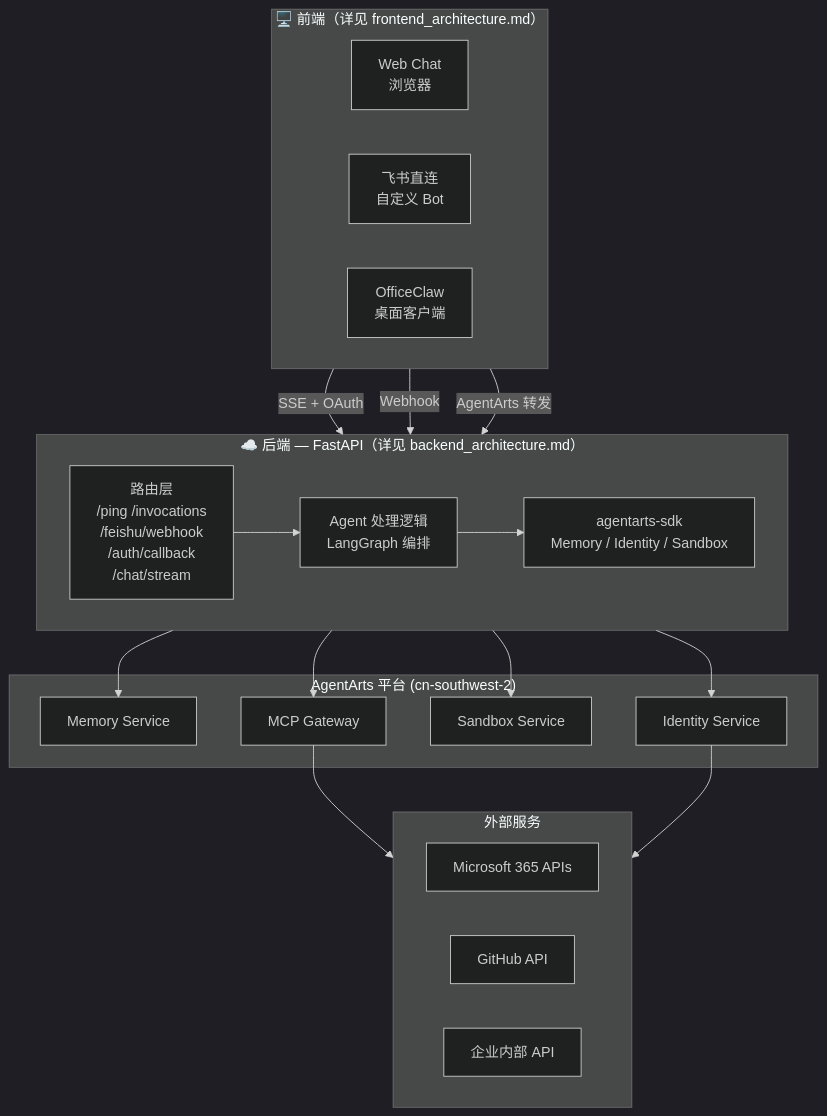
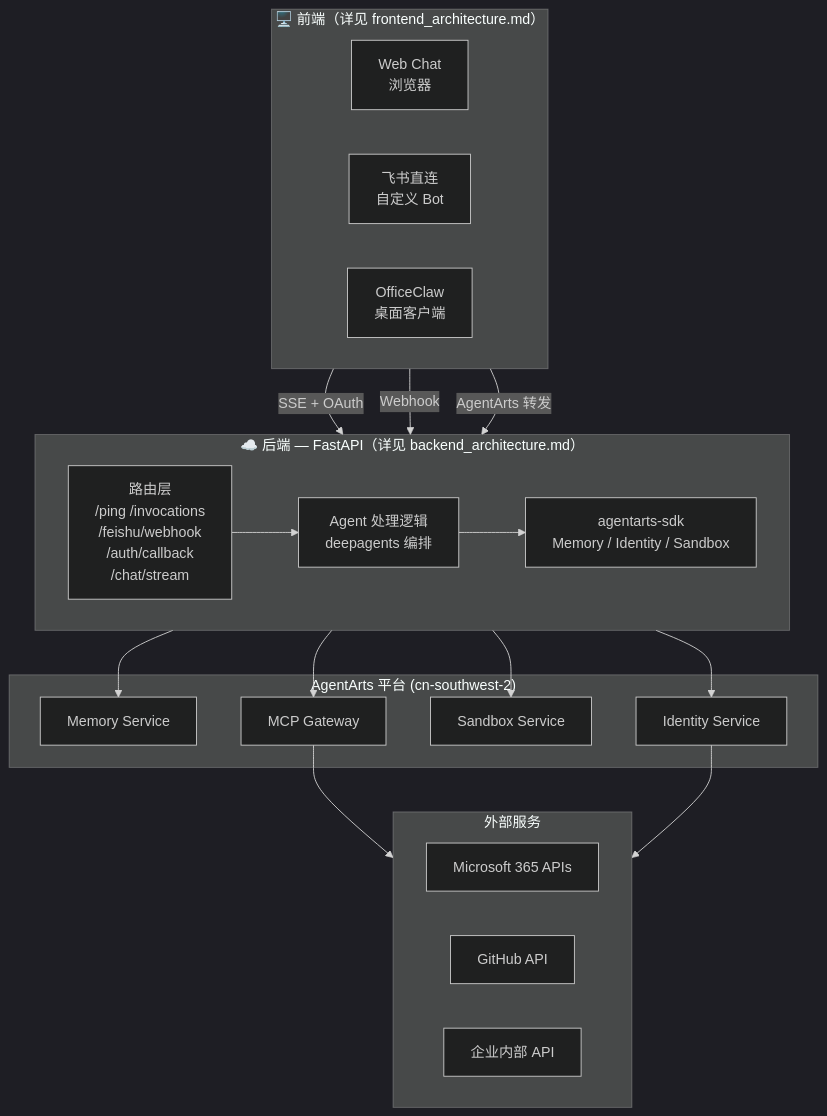
The first of 5 diagrams in personal-assistant-meta/architecture/overall_architecture.md (T-1009/personal-assistant), drawn with Mermaid (dark theme) before and after one commit. The commit also changed other lines of this file and 5 other files, not shown here.

First line of the commit message:
docs: replace manual LangGraph orchestration with deepagents harness

````diff
--- a/personal-assistant-meta/architecture/overall_architecture.md
+++ b/personal-assistant-meta/architecture/overall_architecture.md
@@ -11,40 +11,40 @@
 ```mermaid
 flowchart TB
     subgraph Frontends["🖥️ 前端（详见 frontend_architecture.md）"]
         direction LR
         WebChat["Web Chat<br/>浏览器"]
         Feishu["飞书直连<br/>自定义 Bot"]
         OC["OfficeClaw<br/>桌面客户端"]
     end
 
     subgraph Backend["☁️ 后端 — FastAPI（详见 backend_architecture.md）"]
         direction LR
         Routes["路由层<br/>/ping /invocations<br/>/feishu/webhook<br/>/auth/callback<br/>/chat/stream"]
-        Handler["Agent 处理逻辑<br/>LangGraph 编排"]
+        Handler["Agent 处理逻辑<br/>deepagents 编排"]
         SDK["agentarts-sdk<br/>Memory / Identity / Sandbox"]
     end
 
     subgraph AgentArts["AgentArts 平台 (cn-southwest-2)"]
         MemorySvc["Memory Service"]
         IdentitySvc["Identity Service"]
         SandboxSvc["Sandbox Service"]
         MCPGW["MCP Gateway"]
     end
 
     subgraph External["外部服务"]
         Microsoft365API["Microsoft 365 APIs"]
         GitHubAPI["GitHub API"]
         InternalAPI["企业内部 API"]
     end
 
     WebChat -->|"SSE + OAuth"| Routes
     Feishu -->|"Webhook"| Routes
     OC -->|"AgentArts 转发"| Routes
     Routes --> Handler
     Handler --> SDK
     SDK --> MemorySvc
     SDK --> IdentitySvc
     SDK --> SandboxSvc
     Handler --> MCPGW --> External
     IdentitySvc --> External
 ```
````
